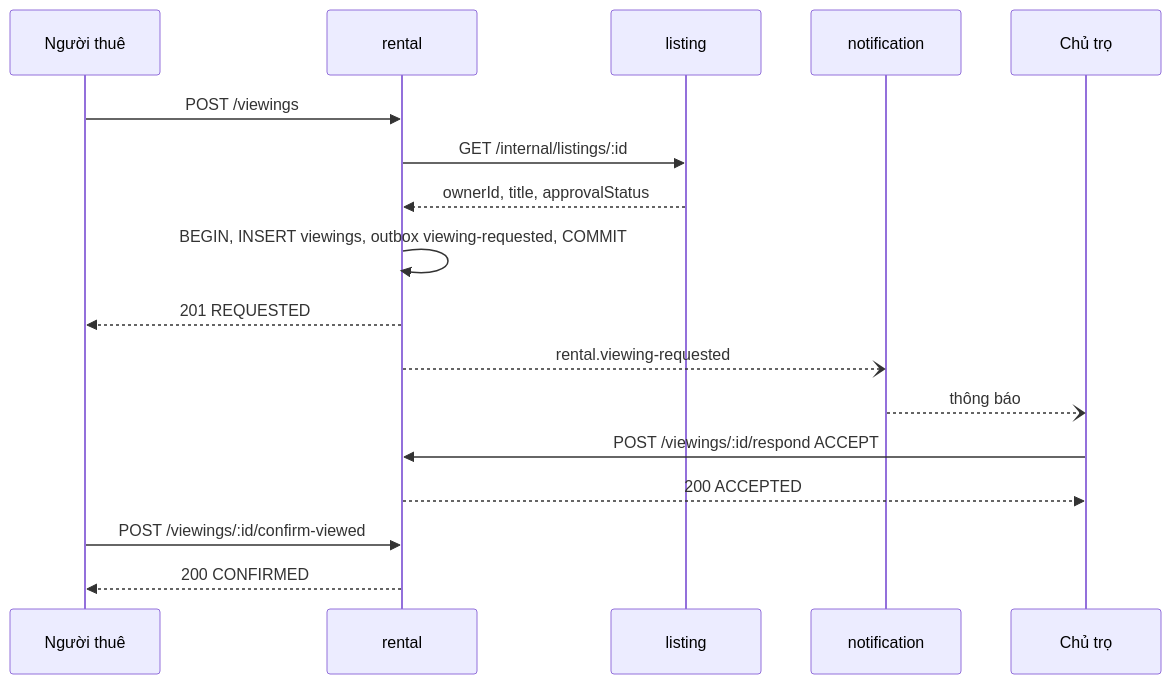
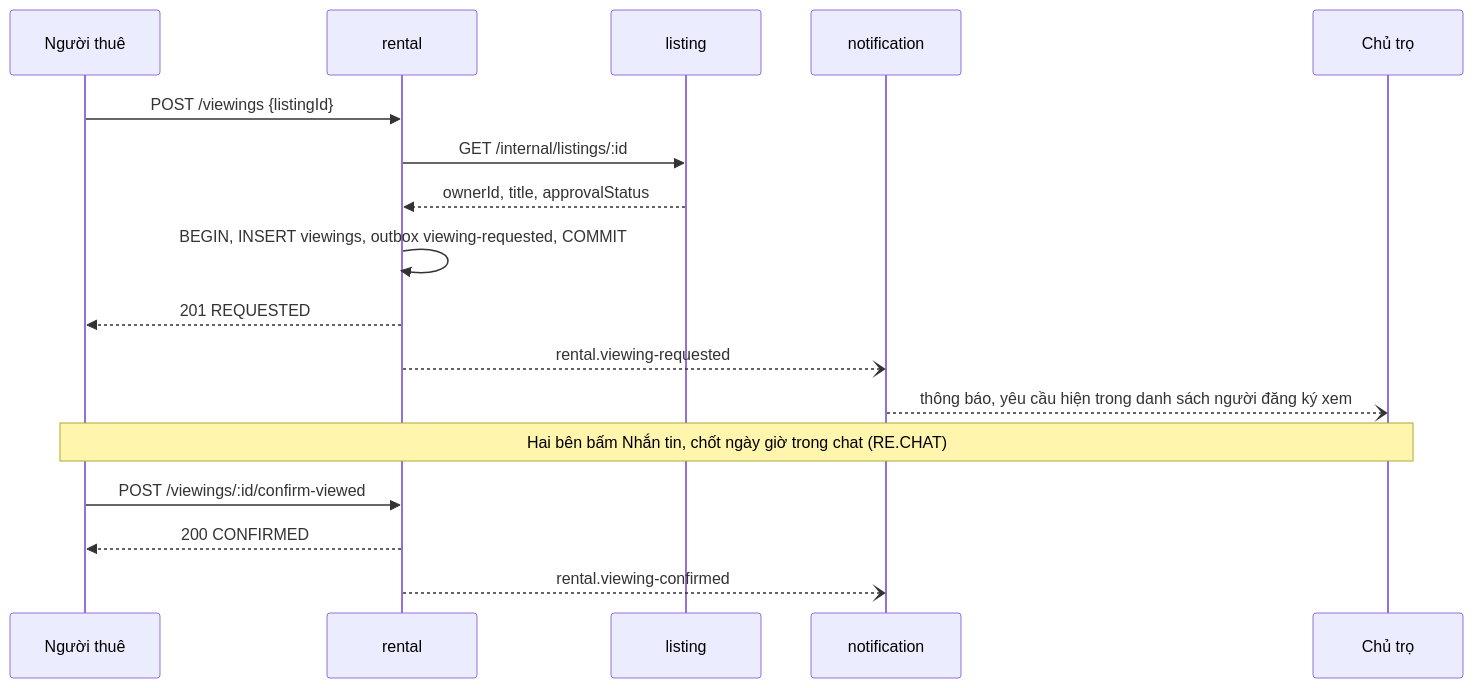
One commit to ITHoangLV/Realestate_Microservice changed the first of 3 diagrams in project-knowledge/design/RENTAL/RE.VIEWING/Processing_Flow.md. Above: the diagram before and after it, drawn with Mermaid. The commit also changed other lines of this file and 154 other files, not shown here.

Commit message:
docs: chốt thiết kế v1.1, ADR Accepted, kế hoạch và mốc mới

````diff
--- a/project-knowledge/design/RENTAL/RE.VIEWING/Processing_Flow.md
+++ b/project-knowledge/design/RENTAL/RE.VIEWING/Processing_Flow.md
@@ -11,19 +11,19 @@
 ```mermaid
 sequenceDiagram
     participant T as Người thuê
     participant R as rental
     participant L as listing
     participant N as notification
     participant O as Chủ trọ
-    T->>R: POST /viewings
+    T->>R: POST /viewings {listingId}
     R->>L: GET /internal/listings/:id
     L-->>R: ownerId, title, approvalStatus
     R->>R: BEGIN, INSERT viewings, outbox viewing-requested, COMMIT
     R-->>T: 201 REQUESTED
     R--)N: rental.viewing-requested
-    N--)O: thông báo
-    O->>R: POST /viewings/:id/respond ACCEPT
-    R-->>O: 200 ACCEPTED
+    N--)O: thông báo, yêu cầu hiện trong danh sách người đăng ký xem
+    Note over T,O: Hai bên bấm Nhắn tin, chốt ngày giờ trong chat (RE.CHAT)
     T->>R: POST /viewings/:id/confirm-viewed
     R-->>T: 200 CONFIRMED
+    R--)N: rental.viewing-confirmed
 ```
````
